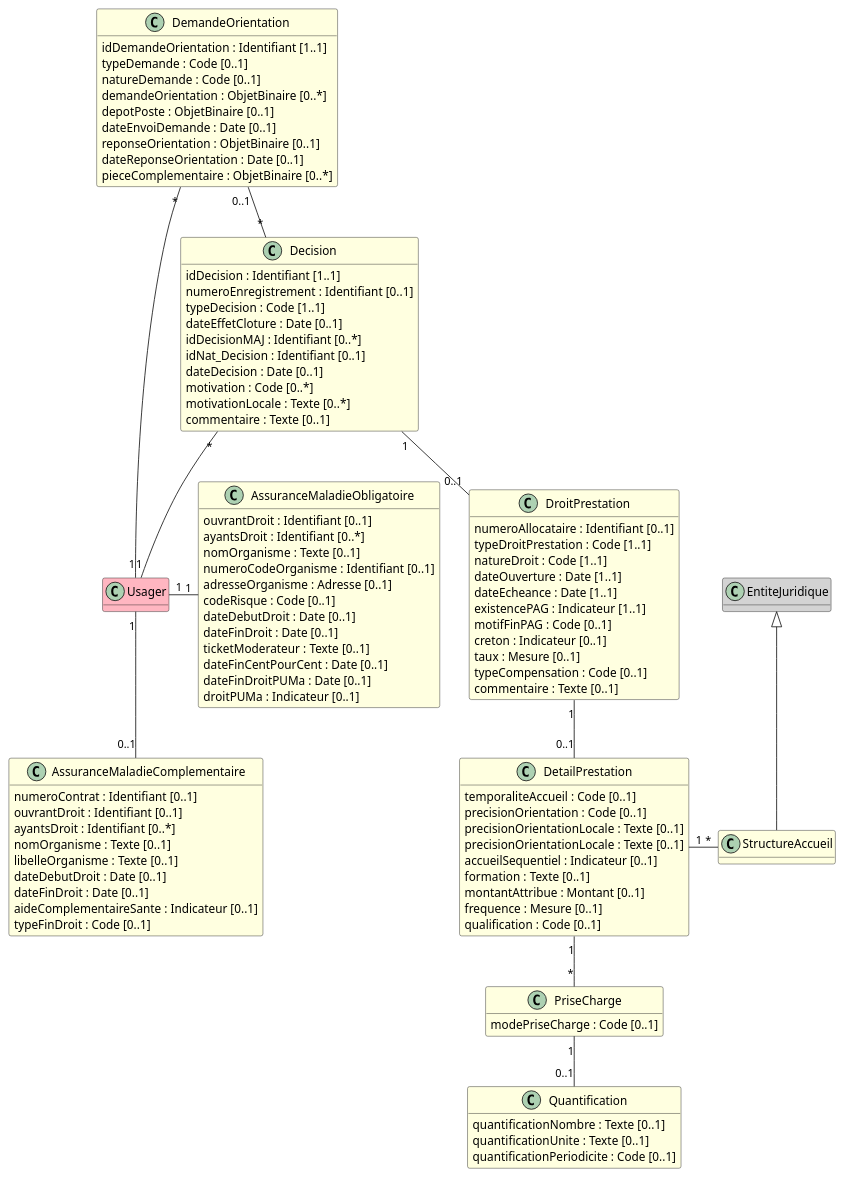
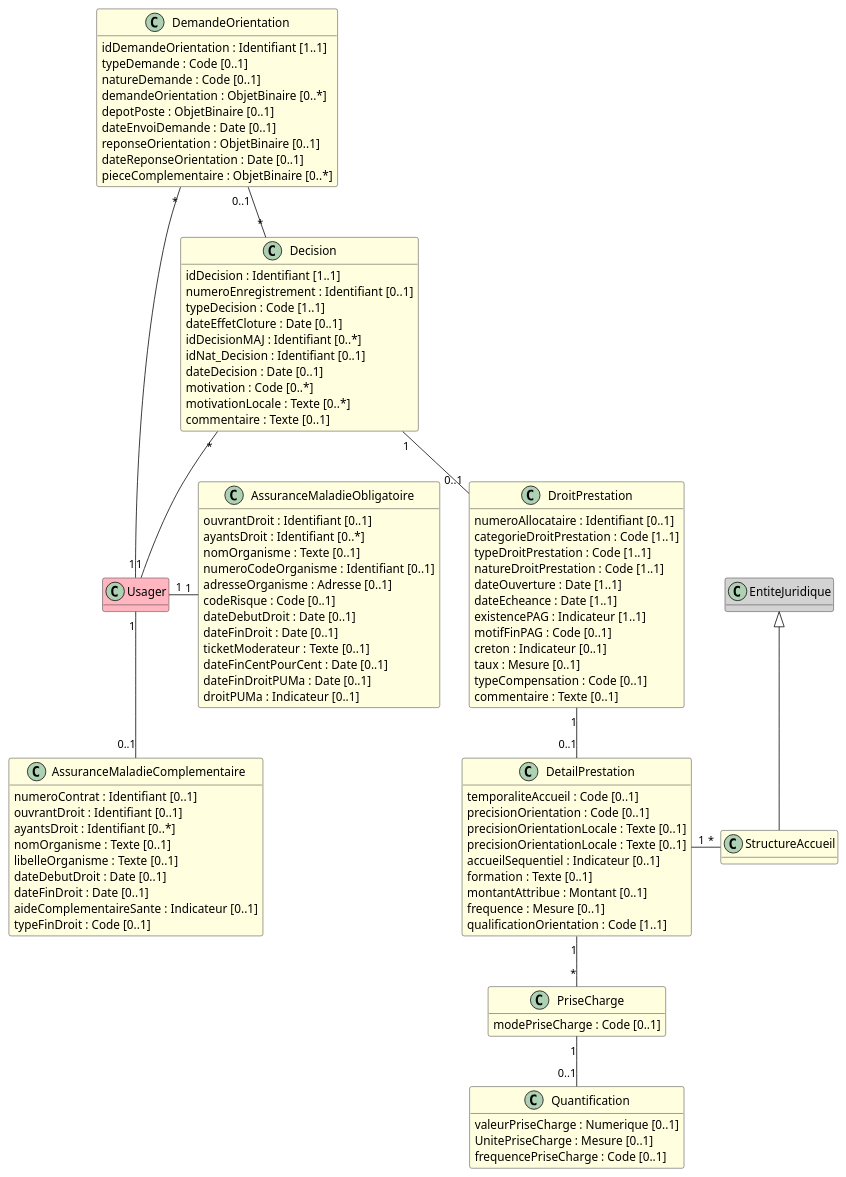
Before and after one commit to ansforge/IG-fhir-medicosocial-transfert-donnees-dui: the diagram in input/images-source/bloc_droits_sociaux_sante.plantuml, drawn with PlantUML. The commit also changed 1 other file, not shown here.

Commit message:
lot3 droit presta

```diff
--- a/input/images-source/bloc_droits_sociaux_sante.plantuml
+++ b/input/images-source/bloc_droits_sociaux_sante.plantuml
@@ -1,114 +1,115 @@
 @startuml
 
 hide empty methods
 
 class Usager #LightPink
 
 class EntiteJuridique #LightGray
 class StructureAccueil #LightYellow
 
 class AssuranceMaladieComplementaire #LightYellow {
     numeroContrat : Identifiant [0..1]
     ouvrantDroit : Identifiant [0..1]
     ayantsDroit : Identifiant [0..*]
     nomOrganisme : Texte [0..1]
     libelleOrganisme : Texte [0..1]
     dateDebutDroit : Date [0..1]
     dateFinDroit : Date [0..1]
     aideComplementaireSante : Indicateur [0..1]
     typeFinDroit : Code [0..1]
 
 }
 
 class AssuranceMaladieObligatoire #LightYellow {
     ouvrantDroit : Identifiant [0..1]
     ayantsDroit : Identifiant [0..*]
     nomOrganisme : Texte [0..1]
     numeroCodeOrganisme : Identifiant [0..1]
     adresseOrganisme : Adresse [0..1]
     codeRisque : Code [0..1]
     dateDebutDroit : Date [0..1]
     dateFinDroit : Date [0..1]
     ticketModerateur : Texte [0..1]
     dateFinCentPourCent : Date [0..1]
     dateFinDroitPUMa : Date [0..1]
     droitPUMa : Indicateur [0..1]
 }
 
 class DemandeOrientation #LightYellow {
     idDemandeOrientation : Identifiant [1..1]
     typeDemande : Code [0..1] 
     natureDemande : Code [0..1] 
     demandeOrientation : ObjetBinaire [0..*]
     depotPoste : ObjetBinaire [0..1]
     dateEnvoiDemande : Date [0..1]
     reponseOrientation : ObjetBinaire [0..1]
     dateReponseOrientation : Date [0..1]
     pieceComplementaire : ObjetBinaire [0..*]
 }
 
 class Decision #LightYellow {
     idDecision : Identifiant [1..1]
     numeroEnregistrement : Identifiant [0..1]
     typeDecision : Code [1..1]
     dateEffetCloture : Date [0..1]
     idDecisionMAJ : Identifiant [0..*]
     idNat_Decision : Identifiant [0..1]
     dateDecision : Date [0..1]
     motivation : Code [0..*]
     motivationLocale : Texte [0..*]
     commentaire : Texte [0..1]
 }
 
 class DroitPrestation #LightYellow {
     numeroAllocataire : Identifiant [0..1]
+    categorieDroitPrestation : Code [1..1]
     typeDroitPrestation : Code [1..1]
-    natureDroit : Code [1..1]
+    natureDroitPrestation : Code [1..1]
     dateOuverture : Date [1..1]
     dateEcheance : Date [1..1]
     existencePAG : Indicateur [1..1]
     motifFinPAG : Code [0..1]
     creton : Indicateur [0..1]
     taux : Mesure [0..1] 
     typeCompensation : Code [0..1]
     commentaire : Texte [0..1]
 }
 
 class DetailPrestation #LightYellow {
     temporaliteAccueil : Code [0..1]
     precisionOrientation : Code [0..1]
     precisionOrientationLocale : Texte [0..1]
     precisionOrientationLocale : Texte [0..1]
     accueilSequentiel : Indicateur [0..1]
     formation : Texte [0..1]
     montantAttribue : Montant [0..1]
     frequence : Mesure [0..1]
-    qualification : Code [0..1]
+    qualificationOrientation : Code [1..1]
 }
 
 class PriseCharge #LightYellow {
     modePriseCharge : Code [0..1]
 }
 
 class Quantification #LightYellow {
-    quantificationNombre : Texte [0..1]
-    quantificationUnite : Texte [0..1]
-    quantificationPeriodicite : Code [0..1]
+    valeurPriseCharge : Numerique [0..1]
+    UnitePriseCharge : Mesure [0..1]
+    frequencePriseCharge : Code [0..1]
 }
 
 Decision "*" -- "1" Usager
 DemandeOrientation "*" - "1" Usager
 
 DemandeOrientation "0..1" -- "*" Decision
 
 Decision "1" -- "0..1" DroitPrestation
 
 DroitPrestation "1" -- "0..1" DetailPrestation
 EntiteJuridique <|-- StructureAccueil
 DetailPrestation "1" - "*" StructureAccueil
 DetailPrestation "1" -- "*" PriseCharge
 PriseCharge "1" -- "0..1" Quantification
 
 Usager "1" -- "0..1"  AssuranceMaladieComplementaire
 Usager "1" - "1" AssuranceMaladieObligatoire
 @enduml
```
